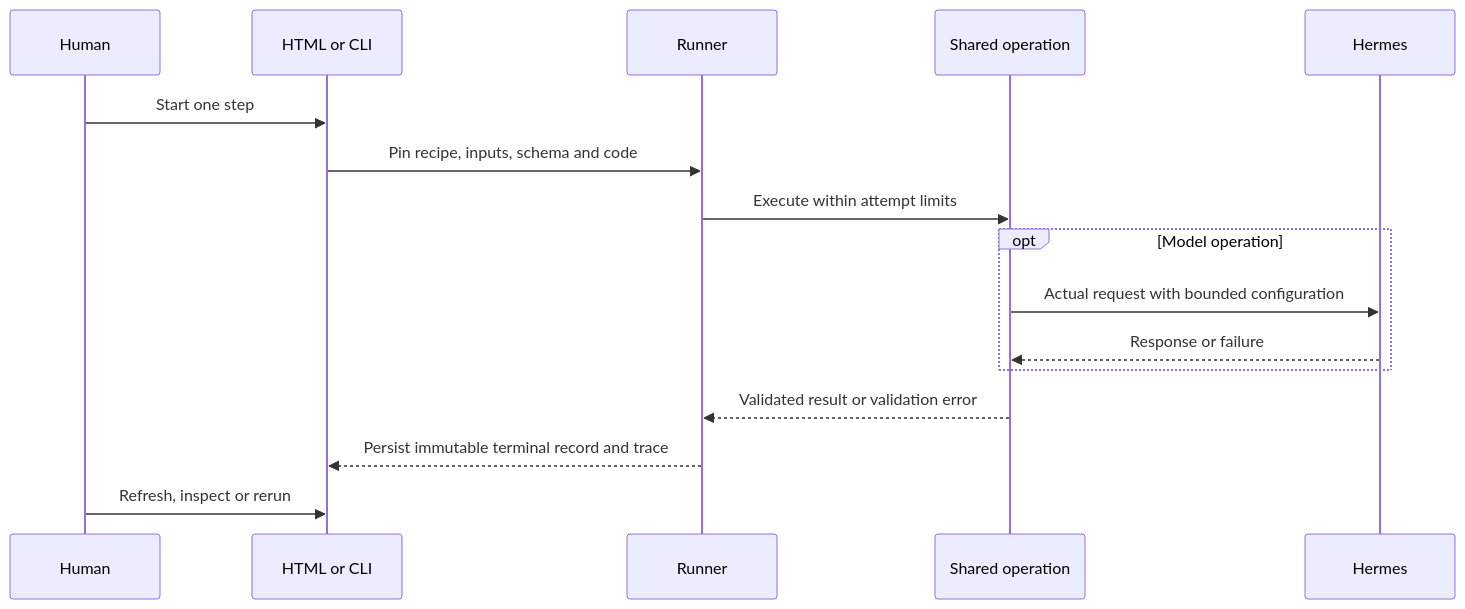
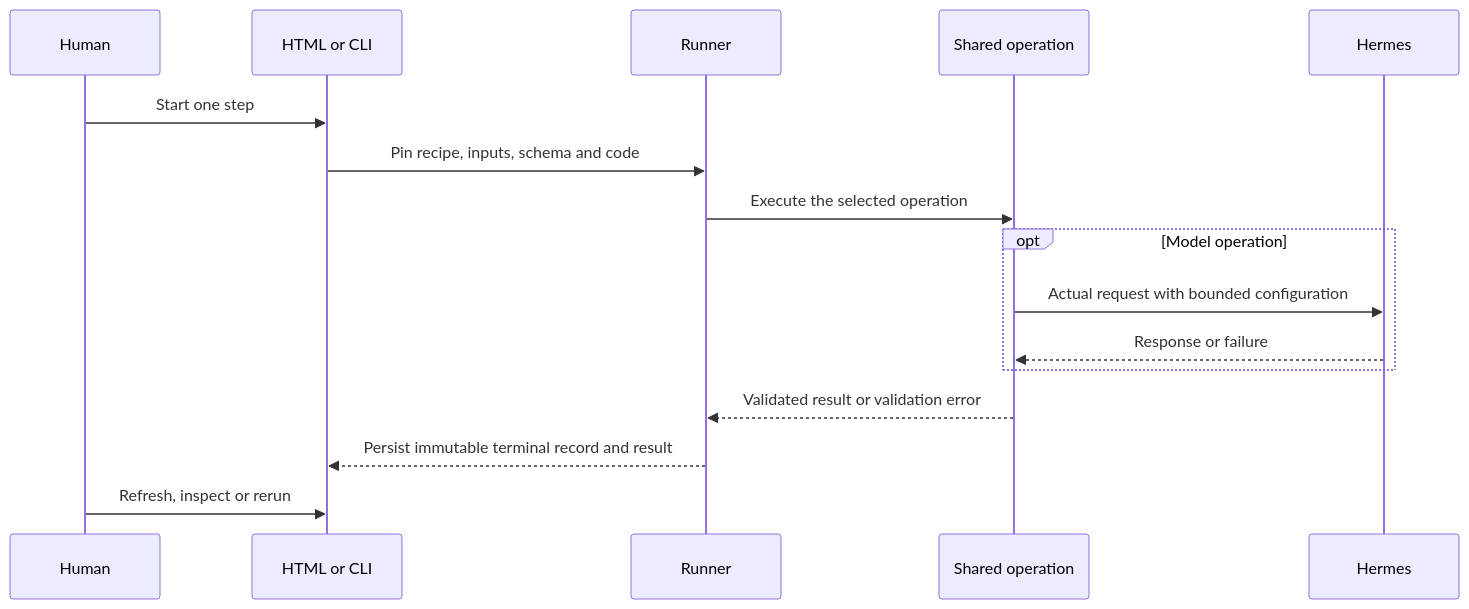
Before and after one commit to dweigend/knowledge-server: the second of 3 diagrams in docs/experimentation-workbench.md, drawn with Mermaid. The commit also changed other lines of this file and 45 other files, not shown here.

````diff
--- a/docs/experimentation-workbench.md
+++ b/docs/experimentation-workbench.md
@@ -236,18 +220,18 @@
 ```mermaid
 sequenceDiagram
   participant Human
   participant UI as HTML or CLI
   participant Runner
   participant Domain as Shared operation
   participant Hermes
   Human->>UI: Start one step
   UI->>Runner: Pin recipe, inputs, schema and code
-  Runner->>Domain: Execute within attempt limits
+  Runner->>Domain: Execute the selected operation
   opt Model operation
     Domain->>Hermes: Actual request with bounded configuration
     Hermes-->>Domain: Response or failure
   end
   Domain-->>Runner: Validated result or validation error
-  Runner-->>UI: Persist immutable terminal record and trace
+  Runner-->>UI: Persist immutable terminal record and result
   Human->>UI: Refresh, inspect or rerun
 ```
````
